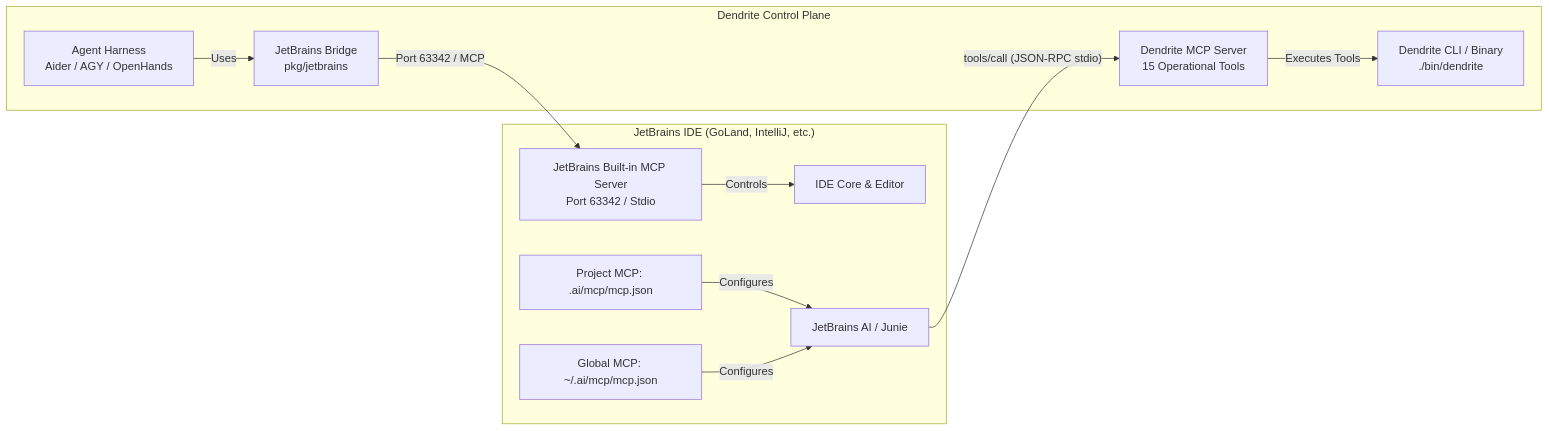
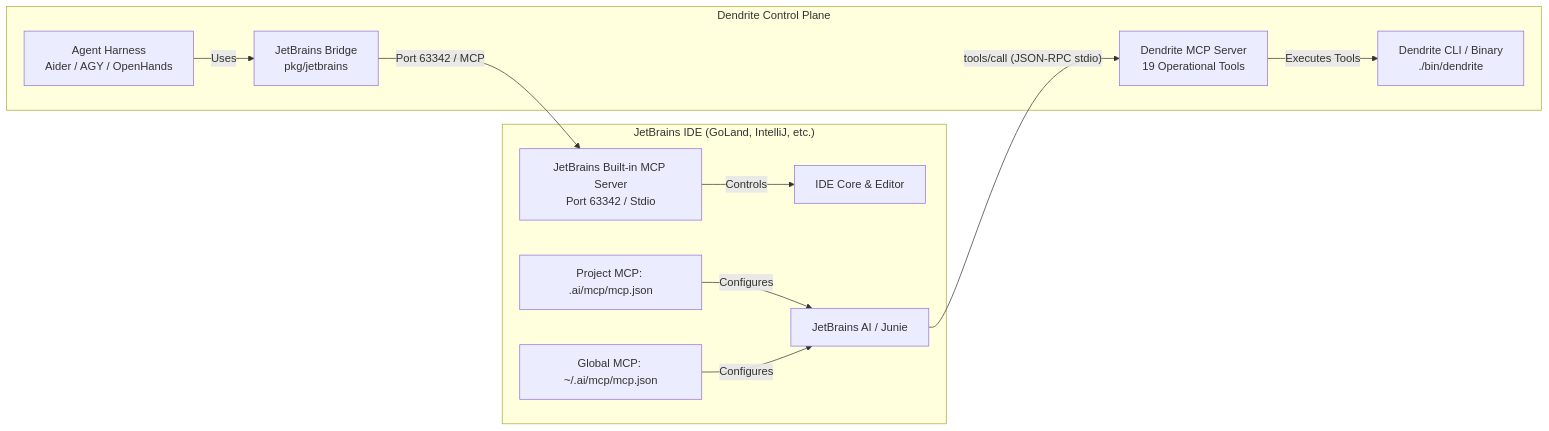
One commit to yasuomaidana/dendrite changed the diagram in docs/guides/jetbrains-mcp-and-agents-setup.md. Above: the diagram before and after it, drawn with Mermaid. The commit also changed other lines of this file, not shown here.

Commit message:
docs(jetbrains): update MCP tool references and health checks to 19 operational tools

````diff
--- a/docs/guides/jetbrains-mcp-and-agents-setup.md
+++ b/docs/guides/jetbrains-mcp-and-agents-setup.md
@@ -13,25 +13,25 @@
 ```mermaid
 flowchart LR
     subgraph "JetBrains IDE (GoLand, IntelliJ, etc.)"
         IDE_Core[IDE Core & Editor]
         AIAssistant[JetBrains AI / Junie]
         IDE_MCP_Srv[JetBrains Built-in MCP Server<br/>Port 63342 / Stdio]
         ConfigProject[Project MCP: .ai/mcp/mcp.json]
         ConfigGlobal["Global MCP: ~/.ai/mcp/mcp.json"]
     end
 
     subgraph "Dendrite Control Plane"
         DendriteCLI[Dendrite CLI / Binary<br/>./bin/dendrite]
-        MCPServer[Dendrite MCP Server<br/>15 Operational Tools]
+        MCPServer[Dendrite MCP Server<br/>19 Operational Tools]
         JBBridge[JetBrains Bridge<br/>pkg/jetbrains]
         AgentRunner[Agent Harness<br/>Aider / AGY / OpenHands]
     end
 
     ConfigProject & ConfigGlobal -->|Configures| AIAssistant
     AIAssistant -->|"tools/call (JSON-RPC stdio)"| MCPServer
     MCPServer -->|Executes Tools| DendriteCLI
 
     AgentRunner -->|Uses| JBBridge
     JBBridge -->|Port 63342 / MCP| IDE_MCP_Srv
     IDE_MCP_Srv -->|Controls| IDE_Core
 ```
````
